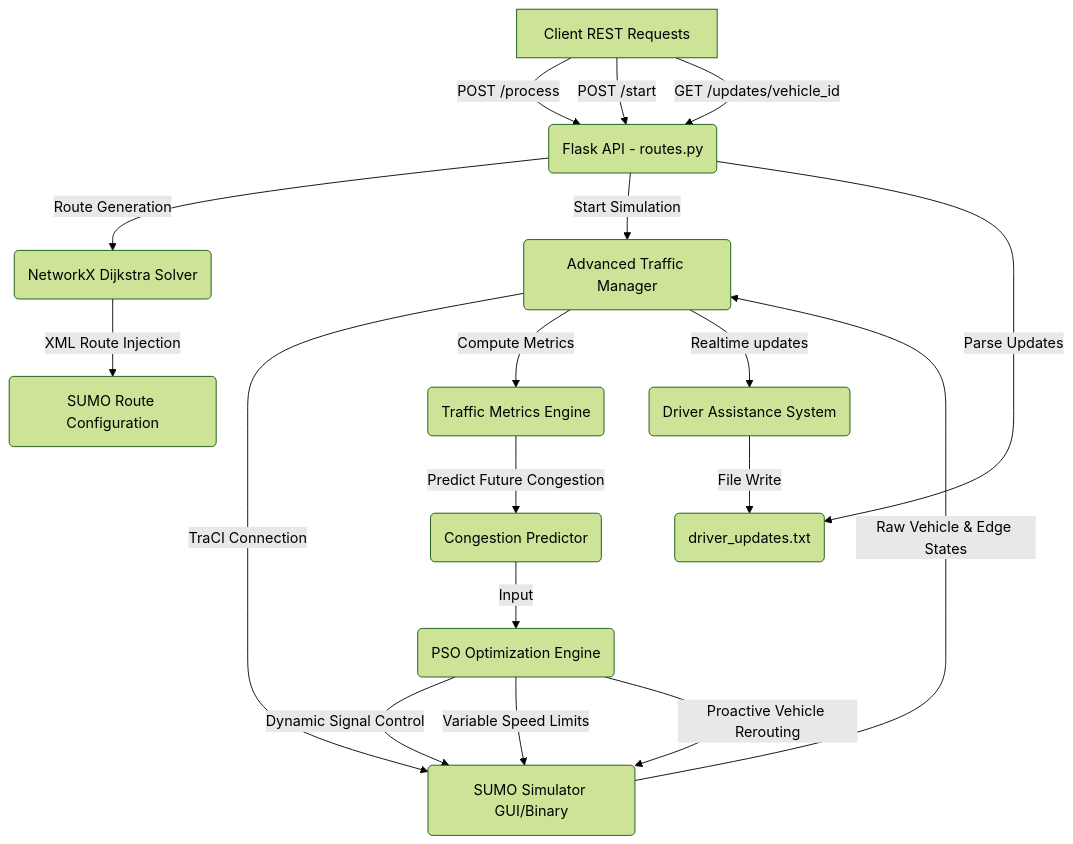
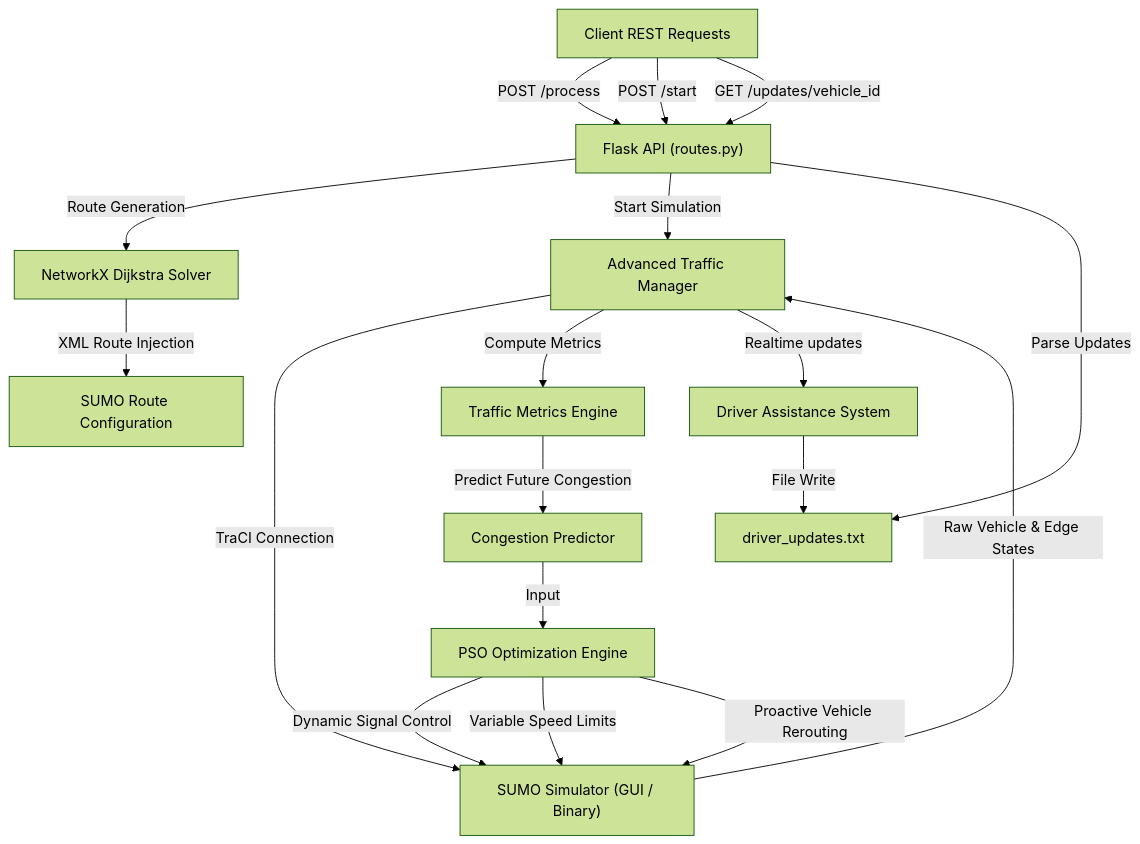
The diagram in README.md (ghanashyam03/NexRoute), drawn with Mermaid (forest theme) before and after one commit.

Commit message:
fix(readme): fix mermaid diagram syntax for clean GitHub rendering

````diff
--- a/README.md
+++ b/README.md
@@ -22,20 +22,20 @@
 ```mermaid
-graph TD
-    A[Client REST Requests] -->|POST /process| B(Flask API - routes.py)
-    A -->|POST /start| B
-    B -->|Route Generation| C(NetworkX Dijkstra Solver)
-    C -->|XML Route Injection| D(SUMO Route Configuration)
-    B -->|Start Simulation| E(Advanced Traffic Manager)
-    E -->|TraCI Connection| F(SUMO Simulator GUI/Binary)
-    F -->|Raw Vehicle & Edge States| E
-    E -->|Compute Metrics| G(Traffic Metrics Engine)
-    G -->|Predict Future Congestion| H(Congestion Predictor)
-    H -->|Input| I(PSO Optimization Engine)
-    I -->|Dynamic Signal Control| F
-    I -->|Variable Speed Limits| F
-    I -->|Proactive Vehicle Rerouting| F
-    E -->|Realtime updates| J(Driver Assistance System)
-    J -->|File Write| K(driver_updates.txt)
-    A -->|GET /updates/vehicle_id| B
-    B -->|Parse Updates| K
+flowchart TD
+    A["Client REST Requests"] -->|"POST /process"| B["Flask API (routes.py)"]
+    A -->|"POST /start"| B
+    B -->|"Route Generation"| C["NetworkX Dijkstra Solver"]
+    C -->|"XML Route Injection"| D["SUMO Route Configuration"]
+    B -->|"Start Simulation"| E["Advanced Traffic Manager"]
+    E -->|"TraCI Connection"| F["SUMO Simulator (GUI / Binary)"]
+    F -->|"Raw Vehicle & Edge States"| E
+    E -->|"Compute Metrics"| G["Traffic Metrics Engine"]
+    G -->|"Predict Future Congestion"| H["Congestion Predictor"]
+    H -->|"Input"| I["PSO Optimization Engine"]
+    I -->|"Dynamic Signal Control"| F
+    I -->|"Variable Speed Limits"| F
+    I -->|"Proactive Vehicle Rerouting"| F
+    E -->|"Realtime updates"| J["Driver Assistance System"]
+    J -->|"File Write"| K["driver_updates.txt"]
+    A -->|"GET /updates/vehicle_id"| B
+    B -->|"Parse Updates"| K
 ```
````
